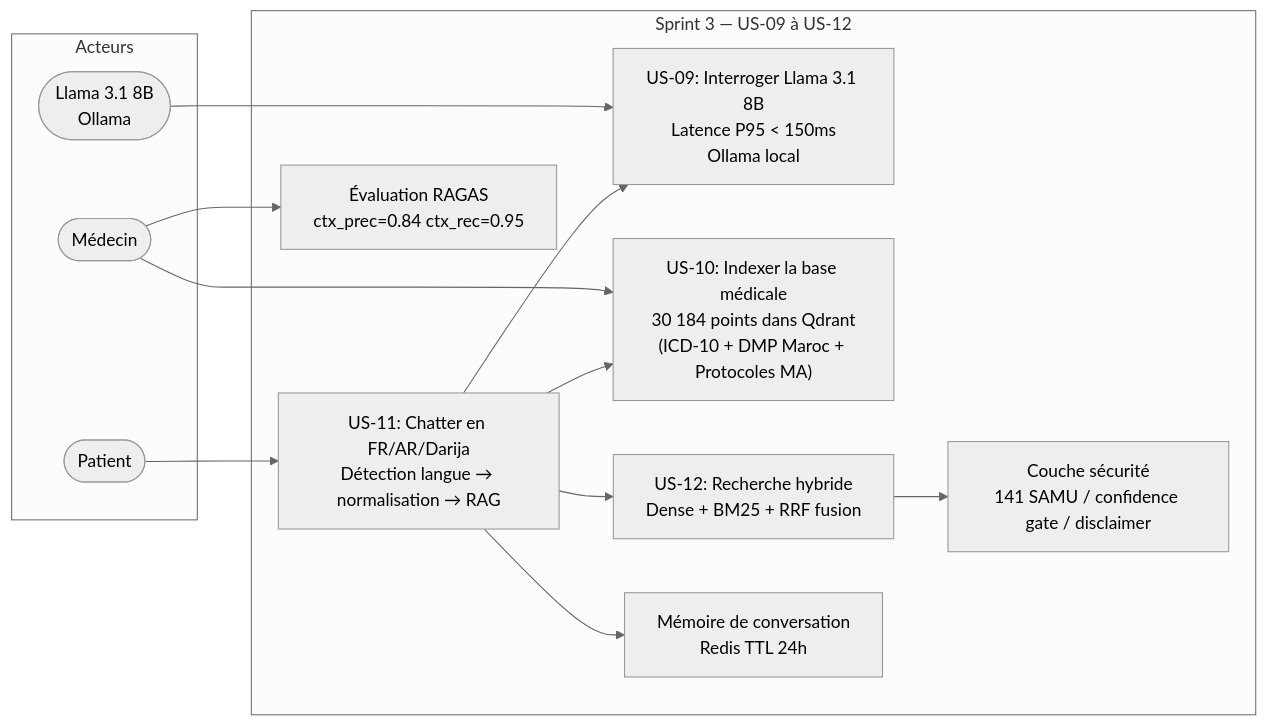
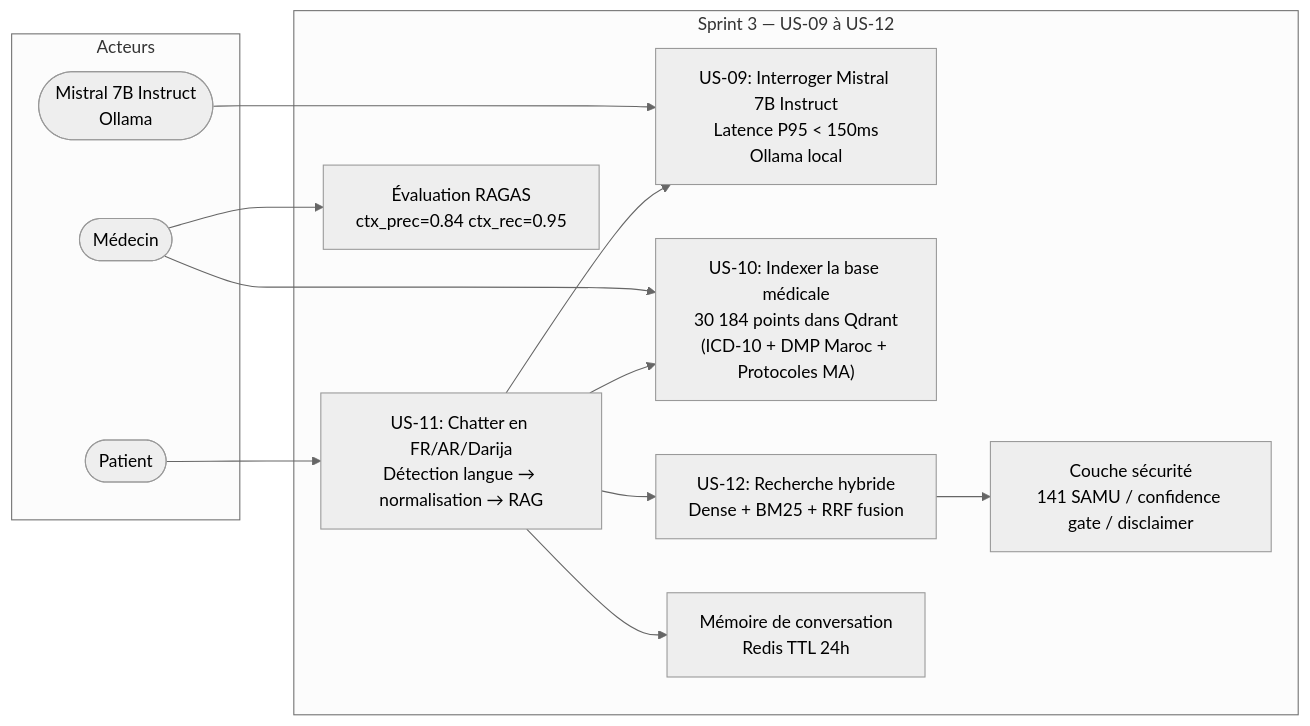
One commit to Boussyf0/MediSense-AI changed the seventh of 32 diagrams in docs/DIAGRAMMES.md. Above: the diagram before and after it, drawn with Mermaid (neutral theme). The commit also changed other lines of this file and 17 other files, not shown here.

````diff
--- a/docs/DIAGRAMMES.md
+++ b/docs/DIAGRAMMES.md
@@ -324,25 +324,25 @@
 ```mermaid
 flowchart LR
     subgraph A["Acteurs"]
         PATIENT(["Patient"])
         DOCTOR(["Médecin"])
-        SYS(["Llama 3.1 8B<br/>Ollama"])
+        SYS(["Mistral 7B Instruct<br/>Ollama"])
     end
 
     subgraph UC["Sprint 3 — US-09 à US-12"]
-        UC9["US-09: Interroger Llama 3.1 8B<br/>Latence P95 < 150ms<br/>Ollama local"]
+        UC9["US-09: Interroger Mistral 7B Instruct<br/>Latence P95 < 150ms<br/>Ollama local"]
         UC10["US-10: Indexer la base médicale<br/>30 184 points dans Qdrant<br/>(ICD-10 + DMP Maroc + Protocoles MA)"]
         UC11["US-11: Chatter en FR/AR/Darija<br/>Détection langue → normalisation → RAG"]
         UC12["US-12: Recherche hybride<br/>Dense + BM25 + RRF fusion"]
         SAFE["Couche sécurité<br/>141 SAMU / confidence gate / disclaimer"]
         EVAL["Évaluation RAGAS<br/>ctx_prec=0.84 ctx_rec=0.95"]
         MEM["Mémoire de conversation<br/>Redis TTL 24h"]
     end
 
     PATIENT --> UC11
     UC11 --> UC9 & UC10 & UC12
     UC12 --> SAFE
     SYS --> UC9
     UC11 --> MEM
     DOCTOR --> UC10 & EVAL
 ```
````
